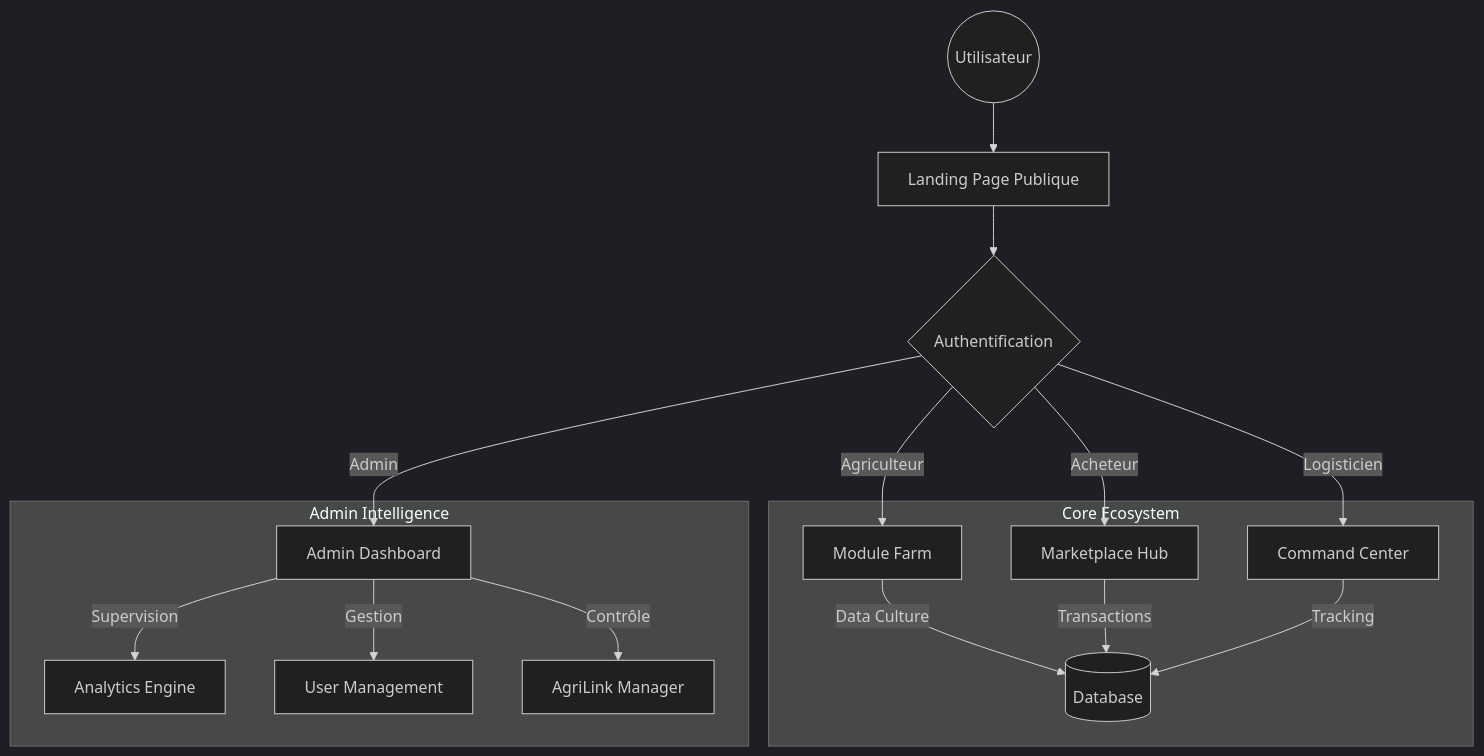
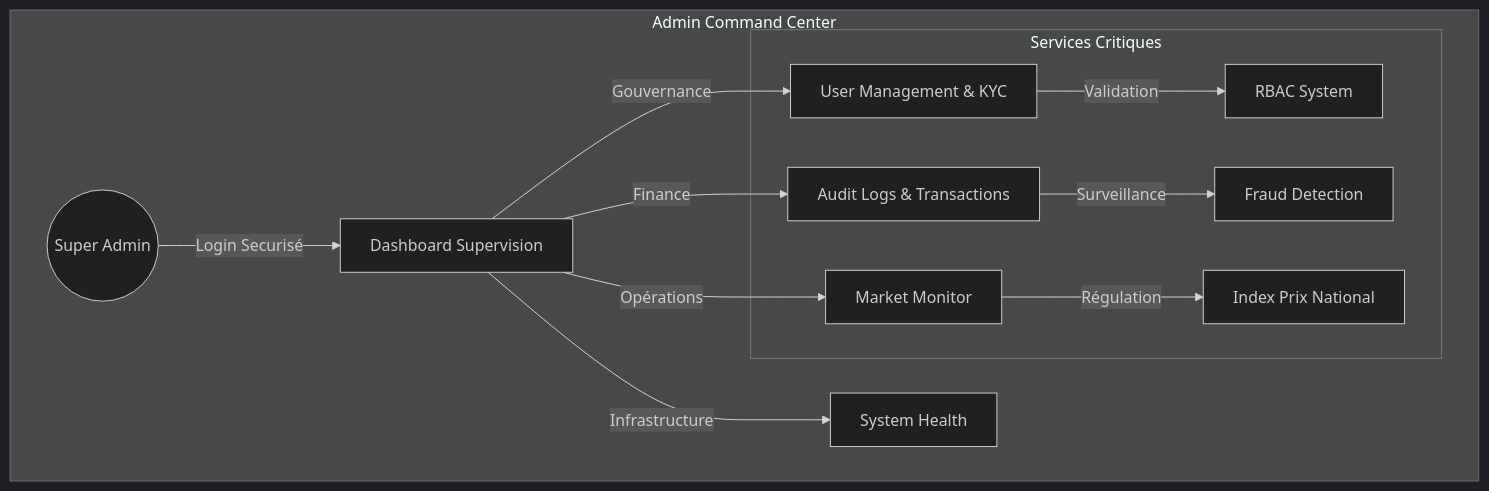
One commit to Archimed-Anderson/AgriLogistic changed the first of 5 diagrams in README.md. Above: the diagram before and after it, drawn with Mermaid (dark theme). The commit also changed other lines of this file and 78 other files, not shown here.

````diff
--- a/README.md
+++ b/README.md
@@ -23,22 +51,18 @@
 ```mermaid
 graph TD
-    User((Utilisateur)) --> Landing[Landing Page Publique]
-    Landing --> Auth{Authentification}
-    
-    Auth -- Agriculteur --> Farm[Module Farm]
-    Auth -- Logisticien --> Command[Command Center]
-    Auth -- Acheteur --> Market[Marketplace Hub]
-    Auth -- Admin --> Admin[Admin Dashboard]
-
-    subgraph "Core Ecosystem"
-        Farm --> |Data Culture| DB[(Database)]
-        Market --> |Transactions| DB
-        Command --> |Tracking| DB
-    end
-
-    subgraph "Admin Intelligence"
-        Admin --> |Supervision| Analytics[Analytics Engine]
-        Admin --> |Gestion| Users[User Management]
-        Admin --> |Contrôle| Links[AgriLink Manager]
+    subgraph "Admin Command Center"
+        Admin((Super Admin)) -->|Login Securisé| Dash[Dashboard Supervision]
+        
+        Dash -->|Gouvernance| Users[User Management & KYC]
+        Dash -->|Finance| Audit[Audit Logs & Transactions]
+        Dash -->|Opérations| Market[Market Monitor]
+        
+        subgraph "Services Critiques"
+            Users -->|Validation| Roles[RBAC System]
+            Audit -->|Surveillance| Alert[Fraud Detection]
+            Market -->|Régulation| Pricing[Index Prix National]
+        end
+        
+        Dash -->|Infrastructure| Tech[System Health]
     end
 ```
````
